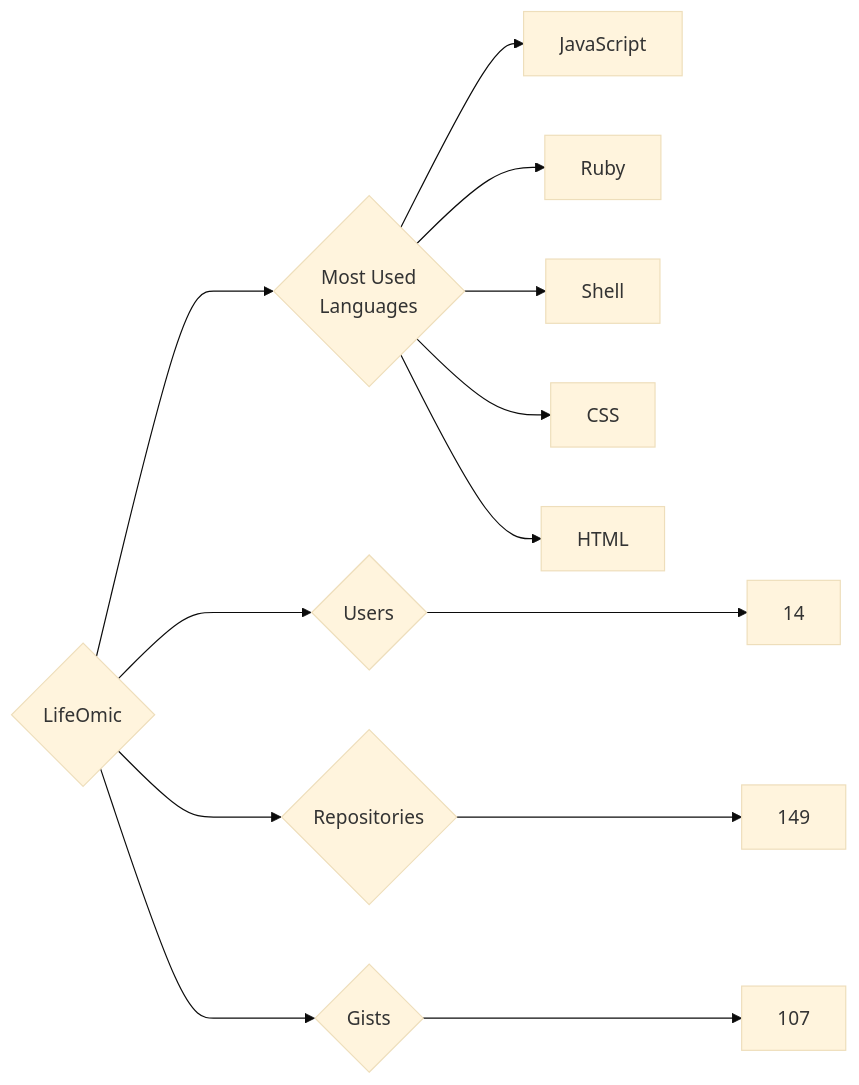
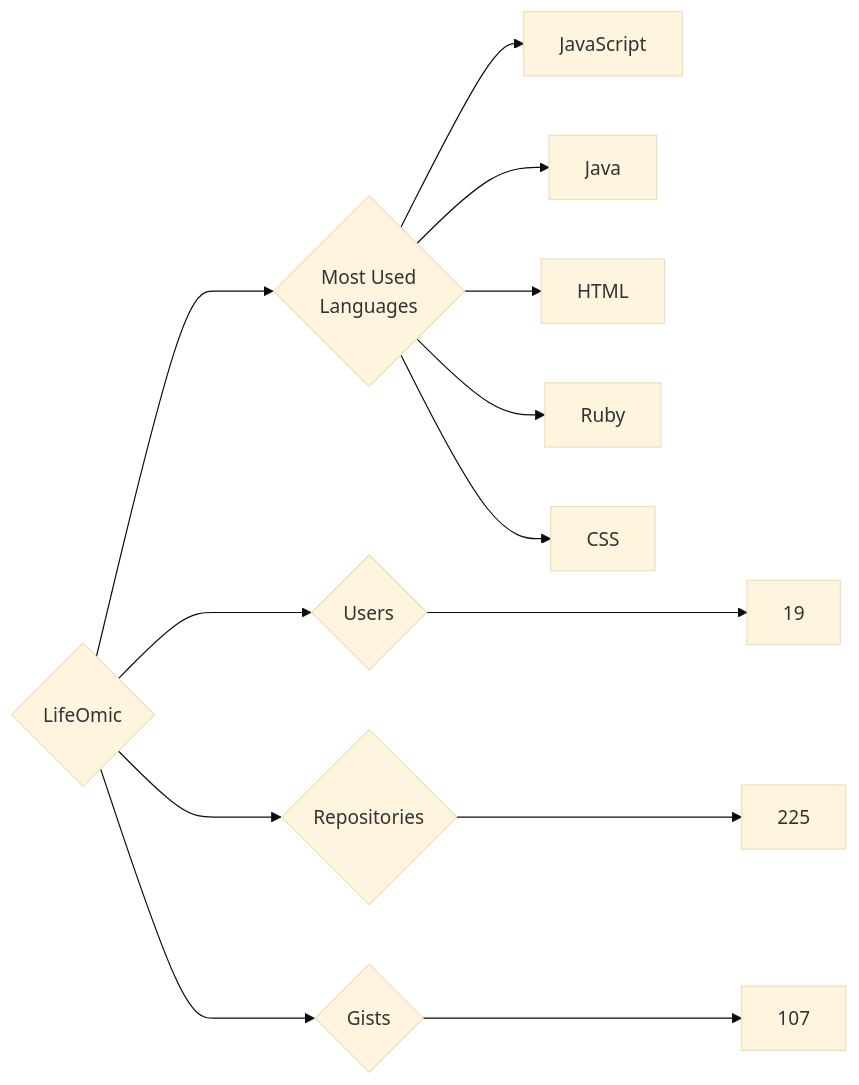
Before and after one commit to trickest/insiders: the diagram in targets/LifeOmic/README.md, drawn with Mermaid (base theme). The commit also changed 927 other files, not shown here.

````diff
--- a/targets/LifeOmic/README.md
+++ b/targets/LifeOmic/README.md
@@ -3,13 +3,13 @@
 ```mermaid
 graph LR
 COMPANY_NAME{LifeOmic}
-COMPANY_NAME ---> U{Users} ---> UN[14]
-COMPANY_NAME ---> R{Repositories} ---> RN[149]
+COMPANY_NAME ---> U{Users} ---> UN[19]
+COMPANY_NAME ---> R{Repositories} ---> RN[225]
 COMPANY_NAME ---> G{Gists} ---> GN[107]
 COMPANY_NAME ---> ML{Most Used<br>Languages}
 ML --> JavaScript[JavaScript]
+ML --> Java[Java]
+ML --> HTML[HTML]
 ML --> Ruby[Ruby]
-ML --> Shell[Shell]
 ML --> CSS[CSS]
-ML --> HTML[HTML]
 ```
````
